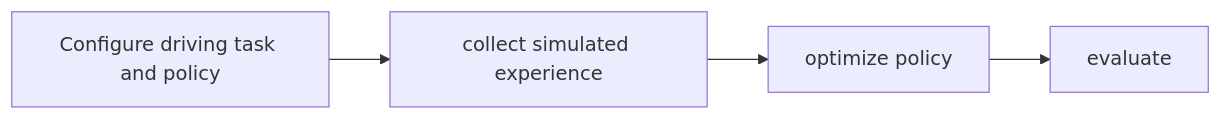
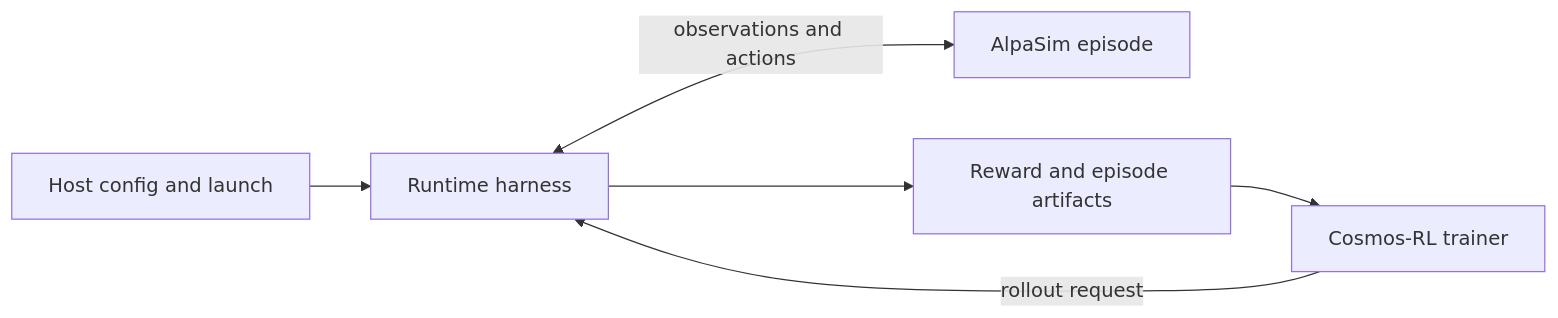
Before and after one commit to james-joobs/awesome-nvidia-physical-ai: the diagram in docs/en/alpagym.md, drawn with Mermaid. The commit also changed other lines of this file and 187 other files, not shown here.

Commit message:
Expand bilingual guides with official architecture references

````diff
--- a/docs/en/alpagym.md
+++ b/docs/en/alpagym.md
@@ -17,8 +11,7 @@
 ```mermaid
 flowchart LR
-  S0["Configure driving task and policy"]
-  S1["collect simulated experience"]
-  S2["optimize policy"]
-  S3["evaluate"]
-  S0 --> S1 --> S2 --> S3
+    H["Host config and launch"] --> R["Runtime harness"]
+    T["Cosmos-RL trainer"] -->|rollout request| R
+    R <-->|observations and actions| S["AlpaSim episode"]
+    R --> W["Reward and episode artifacts"] --> T
 ```
````
